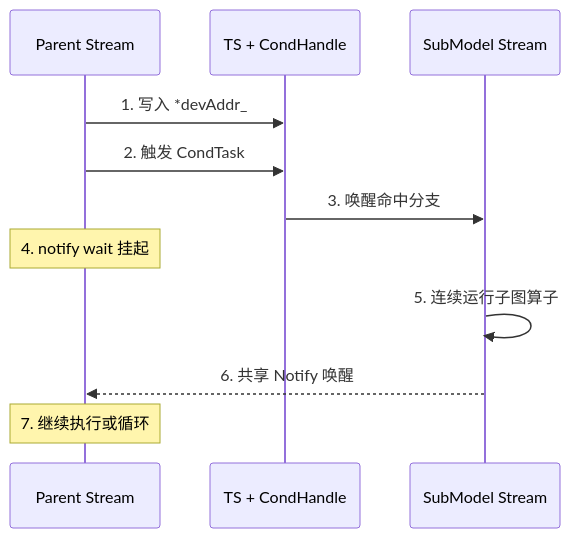
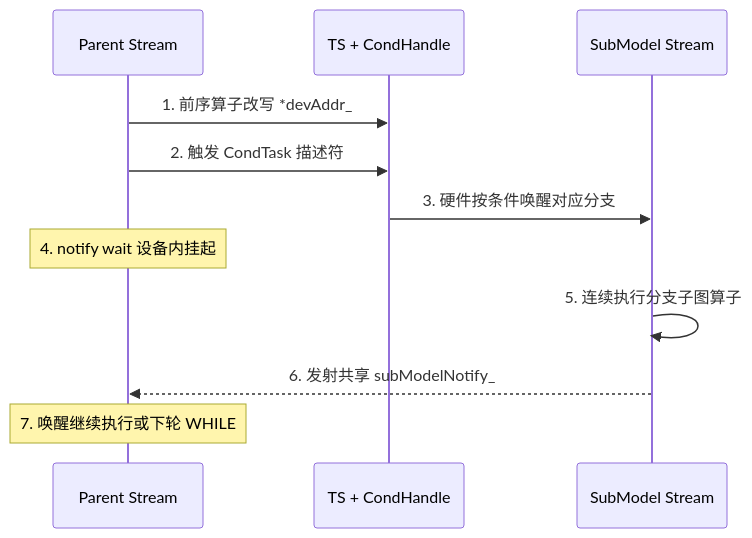
Before and after one commit to xingcanlee/infra-note: the second of 3 diagrams in src/content/posts/aclgraph/05-acl-graph-task-update-and-conditional-subgraph/index.mdx, drawn with Mermaid. The commit also changed other lines of this file and 57 other files, not shown here.

Commit message:
feat(mhc,aclgraph): rewrite 08-mhc and aclgraph series with modular explainers, diagrams, and paper/blog references

````diff
--- a/src/content/posts/aclgraph/05-acl-graph-task-update-and-conditional-subgraph/index.mdx
+++ b/src/content/posts/aclgraph/05-acl-graph-task-update-and-conditional-subgraph/index.mdx
@@ -111,13 +94,13 @@
-```mermaid caption="图 4：TS 固件读取 CondHandle 激活条件子图并经共享 Notify 唤醒父流时序"
+```mermaid caption="图 4：TS 固件读取 8 字节 CondHandle 激活条件子图并经共享 Notify 唤醒父流时序"
 sequenceDiagram
     participant P as Parent Stream
     participant TS as TS + CondHandle
     participant Sub as SubModel Stream
-    P->>TS: 1. 写入 *devAddr_
-    P->>TS: 2. 触发 CondTask
-    TS->>Sub: 3. 唤醒命中分支
-    Note over P: 4. notify wait 挂起
-    Sub->>Sub: 5. 连续运行子图算子
-    Sub-->>P: 6. 共享 Notify 唤醒
-    Note over P: 7. 继续执行或循环
+    P->>TS: 1. 前序算子改写 *devAddr_
+    P->>TS: 2. 触发 CondTask 描述符
+    TS->>Sub: 3. 硬件按条件唤醒对应分支
+    Note over P: 4. notify wait 设备内挂起
+    Sub->>Sub: 5. 连续执行分支子图算子
+    Sub-->>P: 6. 发射共享 subModelNotify_
+    Note over P: 7. 唤醒继续执行或下轮 WHILE
 ```
````
